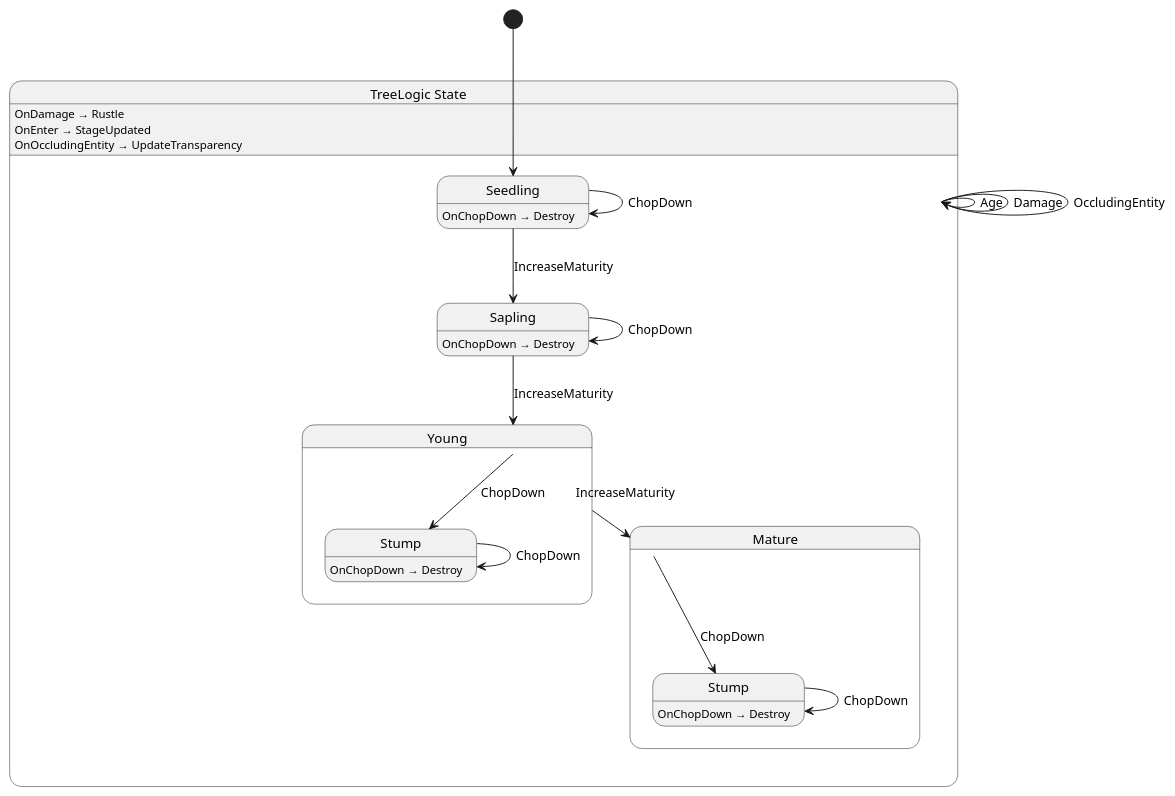
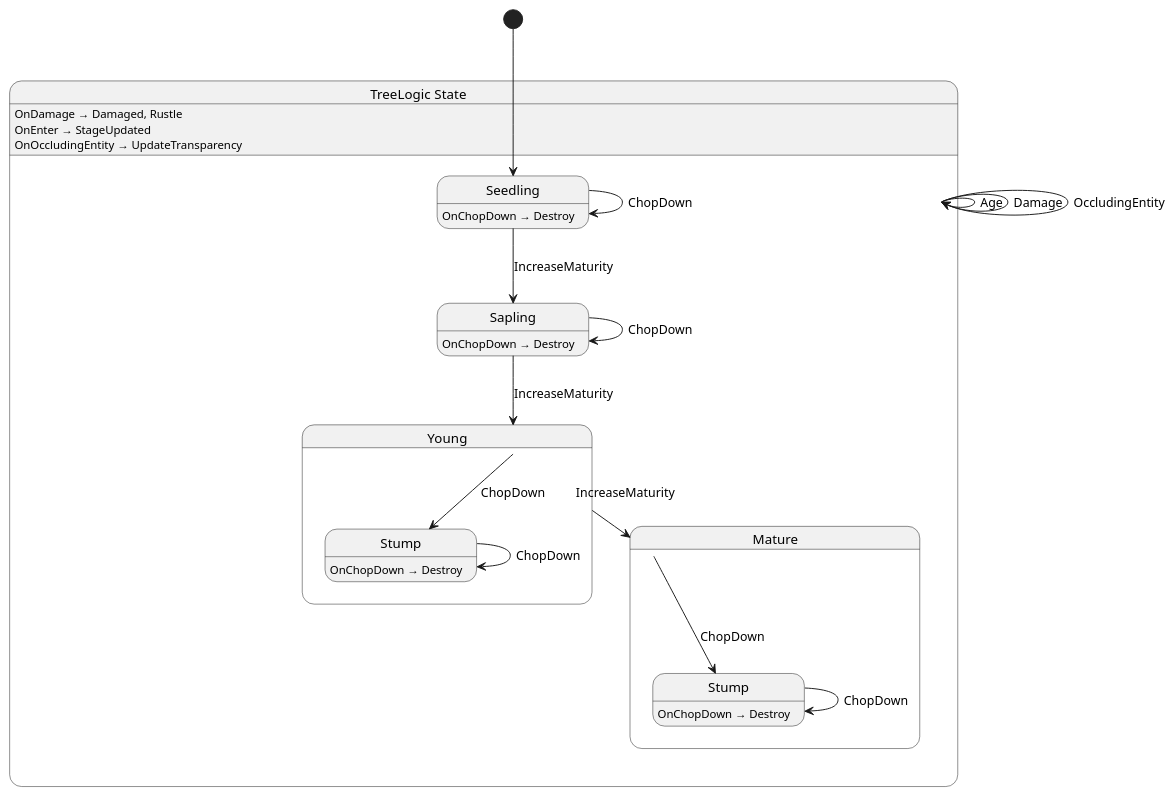
Before and after one commit to Nilsiker/Adventure: the diagram in src/world/tree/state/TreeLogic.g.puml, drawn with PlantUML. The commit also changed 3 other files, not shown here.

Commit message:
wip: make tree chop sound go through logic

```diff
--- a/src/world/tree/state/TreeLogic.g.puml
+++ b/src/world/tree/state/TreeLogic.g.puml
@@ -1,35 +1,35 @@
 @startuml TreeLogic
 state "TreeLogic State" as Shellguard_Tree_TreeLogic_State {
   state "Mature" as Shellguard_Tree_TreeLogic_State_Mature {
     state "Stump" as Shellguard_Tree_TreeLogic_State_Mature_Stump
   }
   state "Sapling" as Shellguard_Tree_TreeLogic_State_Sapling
   state "Seedling" as Shellguard_Tree_TreeLogic_State_Seedling
   state "Young" as Shellguard_Tree_TreeLogic_State_Young {
     state "Stump" as Shellguard_Tree_TreeLogic_State_Young_Stump
   }
 }
 
 Shellguard_Tree_TreeLogic_State --> Shellguard_Tree_TreeLogic_State : Age
 Shellguard_Tree_TreeLogic_State --> Shellguard_Tree_TreeLogic_State : Damage
 Shellguard_Tree_TreeLogic_State --> Shellguard_Tree_TreeLogic_State : OccludingEntity
 Shellguard_Tree_TreeLogic_State_Mature --> Shellguard_Tree_TreeLogic_State_Mature_Stump : ChopDown
 Shellguard_Tree_TreeLogic_State_Mature_Stump --> Shellguard_Tree_TreeLogic_State_Mature_Stump : ChopDown
 Shellguard_Tree_TreeLogic_State_Sapling --> Shellguard_Tree_TreeLogic_State_Sapling : ChopDown
 Shellguard_Tree_TreeLogic_State_Sapling --> Shellguard_Tree_TreeLogic_State_Young : IncreaseMaturity
 Shellguard_Tree_TreeLogic_State_Seedling --> Shellguard_Tree_TreeLogic_State_Sapling : IncreaseMaturity
 Shellguard_Tree_TreeLogic_State_Seedling --> Shellguard_Tree_TreeLogic_State_Seedling : ChopDown
 Shellguard_Tree_TreeLogic_State_Young --> Shellguard_Tree_TreeLogic_State_Mature : IncreaseMaturity
 Shellguard_Tree_TreeLogic_State_Young --> Shellguard_Tree_TreeLogic_State_Young_Stump : ChopDown
 Shellguard_Tree_TreeLogic_State_Young_Stump --> Shellguard_Tree_TreeLogic_State_Young_Stump : ChopDown
 
-Shellguard_Tree_TreeLogic_State : OnDamage → Rustle
+Shellguard_Tree_TreeLogic_State : OnDamage → Damaged, Rustle
 Shellguard_Tree_TreeLogic_State : OnEnter → StageUpdated
 Shellguard_Tree_TreeLogic_State : OnOccludingEntity → UpdateTransparency
 Shellguard_Tree_TreeLogic_State_Mature_Stump : OnChopDown → Destroy
 Shellguard_Tree_TreeLogic_State_Sapling : OnChopDown → Destroy
 Shellguard_Tree_TreeLogic_State_Seedling : OnChopDown → Destroy
 Shellguard_Tree_TreeLogic_State_Young_Stump : OnChopDown → Destroy
 
 [*] --> Shellguard_Tree_TreeLogic_State_Seedling
 @enduml
```
